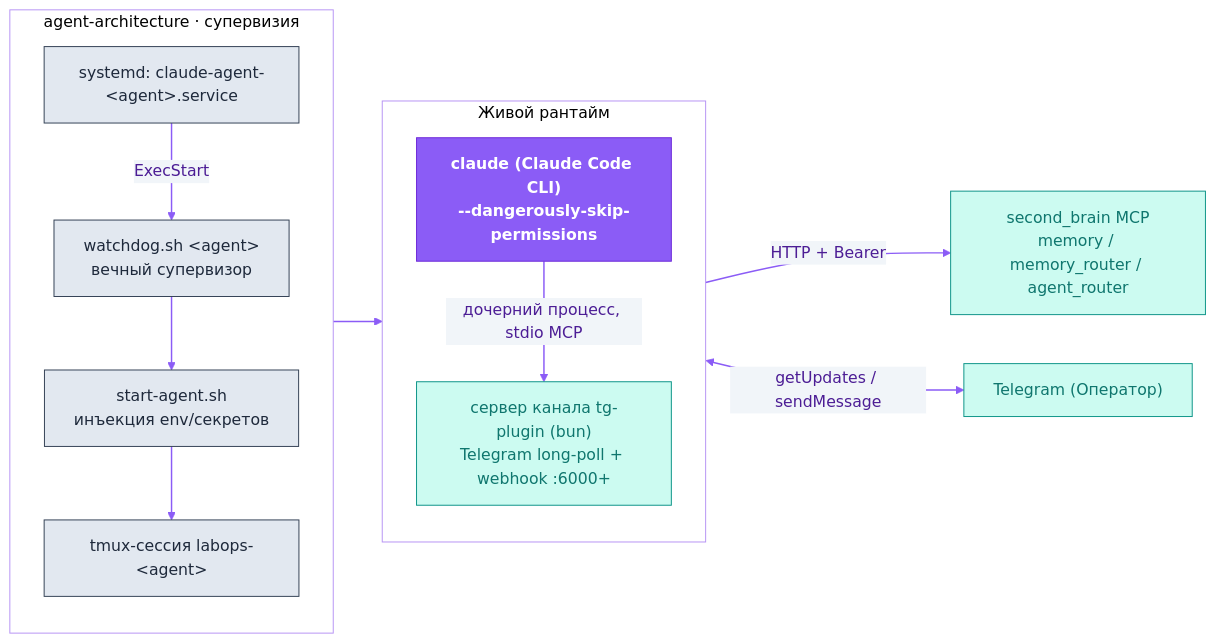
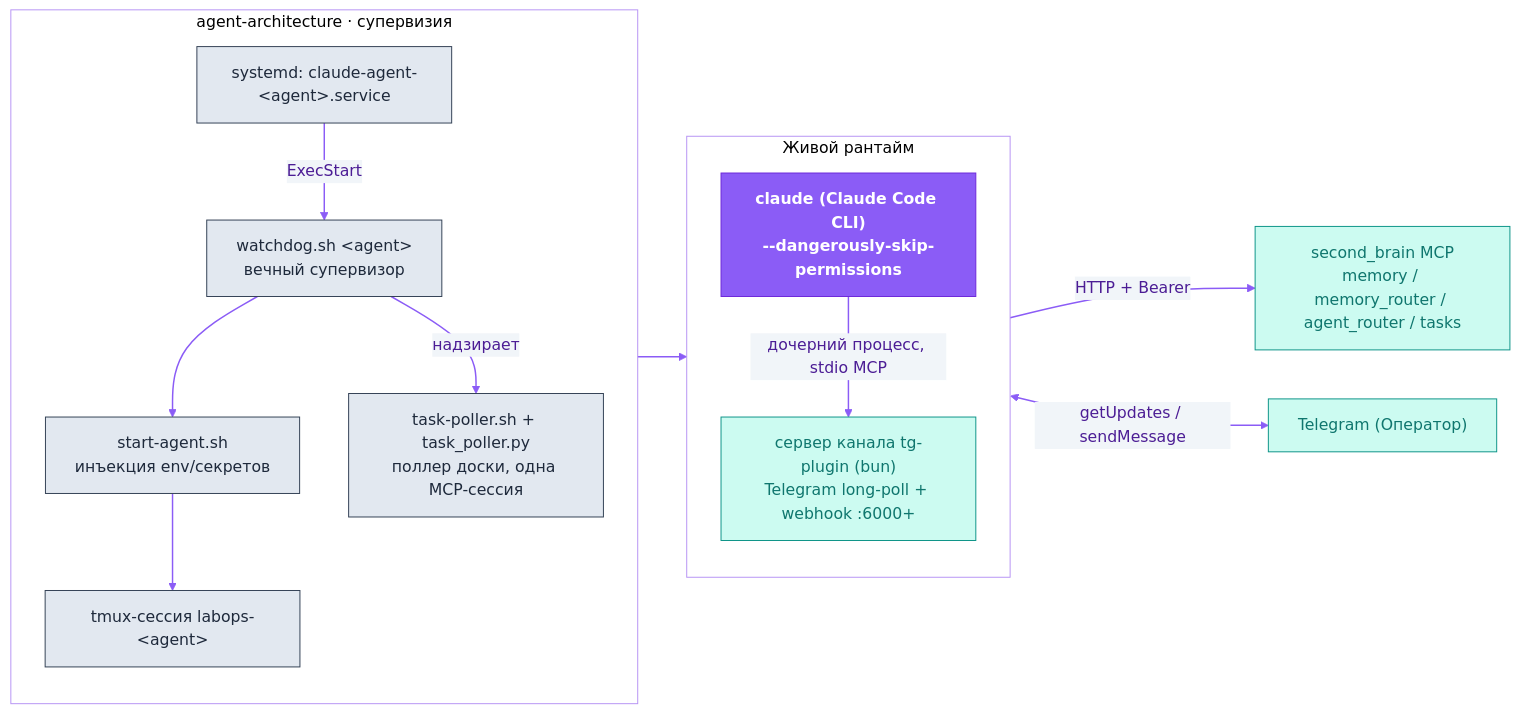
One commit to dediukhinpa/labops-ai-assistant changed the diagram in README.ru.md. Above: the diagram before and after it, drawn with Mermaid. The commit also changed other lines of this file and 11 other files, not shown here.

````diff
--- a/README.ru.md
+++ b/README.ru.md
@@ -111,29 +111,31 @@
 ```mermaid
 %%{init: {'theme':'base','themeVariables':{'primaryColor':'#EDE9FE','primaryTextColor':'#4C1D95','primaryBorderColor':'#8B5CF6','lineColor':'#8B5CF6','secondaryColor':'#F1F5F9','tertiaryColor':'#ffffff','clusterBkg':'transparent','clusterBorder':'#B794F4','fontFamily':'Helvetica,Arial,sans-serif'}}}%%
 flowchart LR
   subgraph arch["agent-architecture · супервизия"]
     direction TB
     SD["systemd: claude-agent-&lt;agent&gt;.service"]
     WD["watchdog.sh &lt;agent&gt;<br/>вечный супервизор"]
     SA["start-agent.sh<br/>инъекция env/секретов"]
     TM["tmux-сессия labops-&lt;agent&gt;"]
+    PL["task-poller.sh + task_poller.py<br/>поллер доски, одна MCP-сессия"]
     SD -->|ExecStart| WD --> SA --> TM
+    WD -->|надзирает| PL
   end
   subgraph live["Живой рантайм"]
     direction TB
     CC["claude (Claude Code CLI)<br/>--dangerously-skip-permissions"]
     BUN["сервер канала tg-plugin (bun)<br/>Telegram long-poll + webhook :6000+"]
   end
   TM --> CC
   CC -->|дочерний процесс, stdio MCP| BUN
-  CC -->|HTTP + Bearer| SB["second_brain MCP<br/>memory / memory_router / agent_router"]
+  CC -->|HTTP + Bearer| SB["second_brain MCP<br/>memory / memory_router / agent_router / tasks"]
   BUN <-->|getUpdates / sendMessage| TG["Telegram (Оператор)"]
   classDef brand fill:#8B5CF6,stroke:#6D28D9,color:#ffffff,font-weight:bold
   classDef ext fill:#CCFBF1,stroke:#0D9488,color:#0F766E
   classDef store fill:#FEF3C7,stroke:#D97706,color:#92400E
   classDef sys fill:#E2E8F0,stroke:#334155,color:#1E293B
   linkStyle default stroke:#8B5CF6,stroke-width:1.5px
   class CC brand
-  class SD,WD,SA,TM sys
+  class SD,WD,SA,TM,PL sys
   class BUN,SB,TG ext
 ```
````
